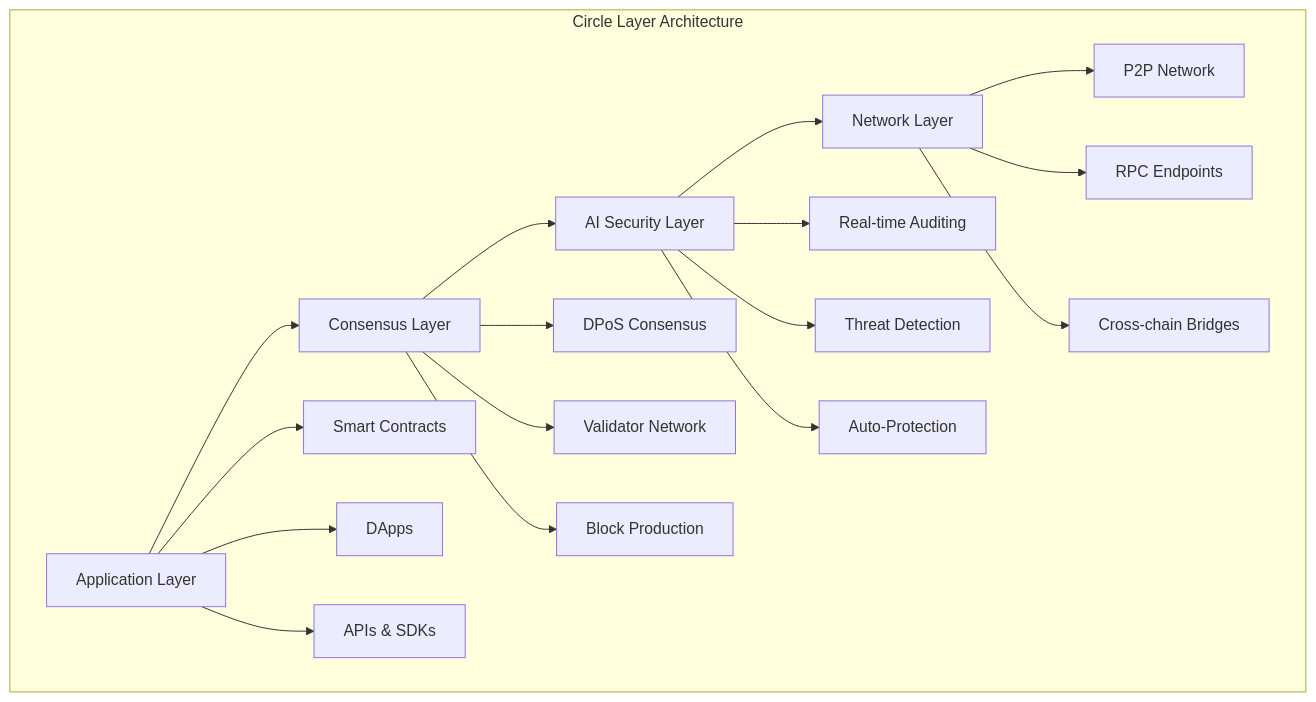
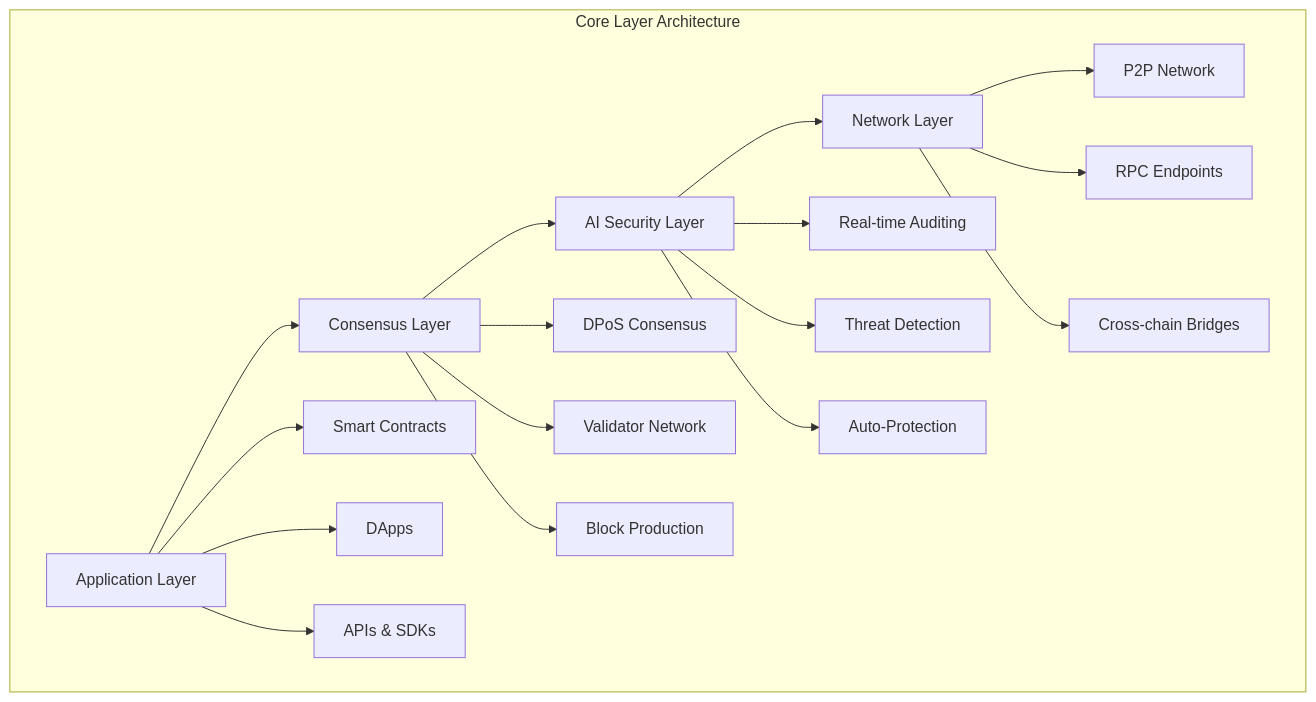
One commit to CLayer-dev/docs changed the third of 3 diagrams in docs/intro.mdx. Above: the diagram before and after it, drawn with Mermaid. The commit also changed other lines of this file and 82 other files, not shown here.

Commit message:
updated to circle layer to core layerfor rebranding

````diff
--- a/docs/intro.mdx
+++ b/docs/intro.mdx
@@ -501,24 +501,24 @@
 ```mermaid
 graph TB
-    subgraph "Circle Layer Architecture"
+    subgraph "Core Layer Architecture"
         A[Application Layer] --> B[Consensus Layer]
         B --> C[AI Security Layer] 
         C --> D[Network Layer]
         
         A --> E[Smart Contracts]
         A --> F[DApps]
         A --> G[APIs & SDKs]
         
         B --> H[DPoS Consensus]
         B --> I[Validator Network]
         B --> J[Block Production]
         
         C --> K[Real-time Auditing]
         C --> L[Threat Detection]
         C --> M[Auto-Protection]
         
         D --> N[P2P Network]
         D --> O[RPC Endpoints]
         D --> P[Cross-chain Bridges]
     end
 ```
````
